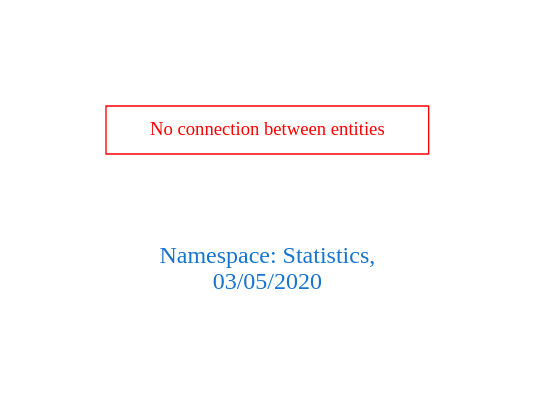
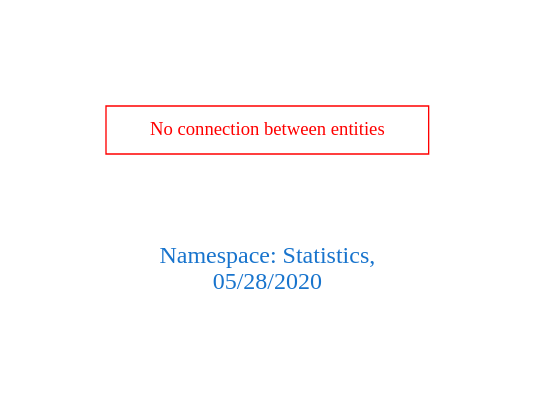
Before and after one commit to arago/OGIT: the diagram in downloads/Statistics.dot, drawn with Graphviz. The commit also changed 1715 other files, not shown here.

```diff
--- a/downloads/Statistics.dot
+++ b/downloads/Statistics.dot
@@ -1,9 +1,9 @@
 digraph OGIT_ontology {
  graph [ rankdir= LR,pad=1 
 fontsize = 18,
-fontcolor= dodgerblue3,label = "\n\n\nNamespace: Statistics, \n 03/05/2020"];
+fontcolor= dodgerblue3,label = "\n\n\nNamespace: Statistics, \n 05/28/2020"];
 node[shape=polygon];
 edge [  color="gray81"];
 
 "No connection between entities" [fontcolor = "red",color="red", shape="polygon"]
 }
```
